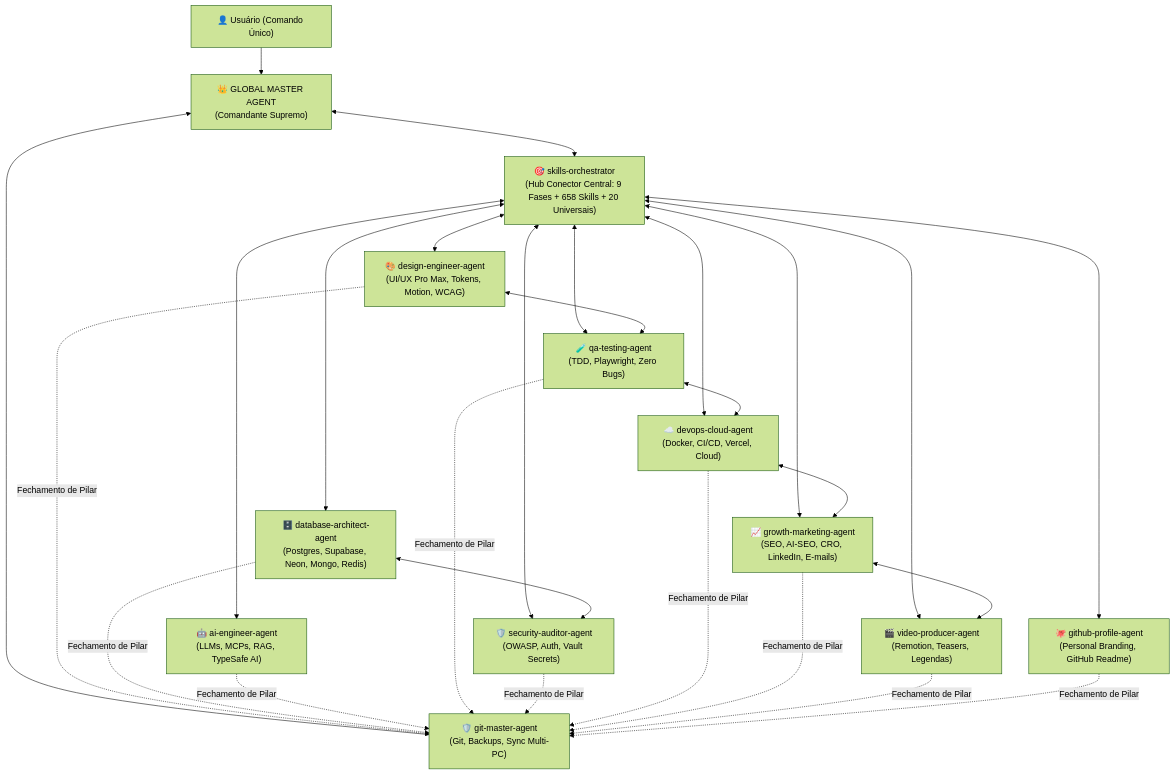
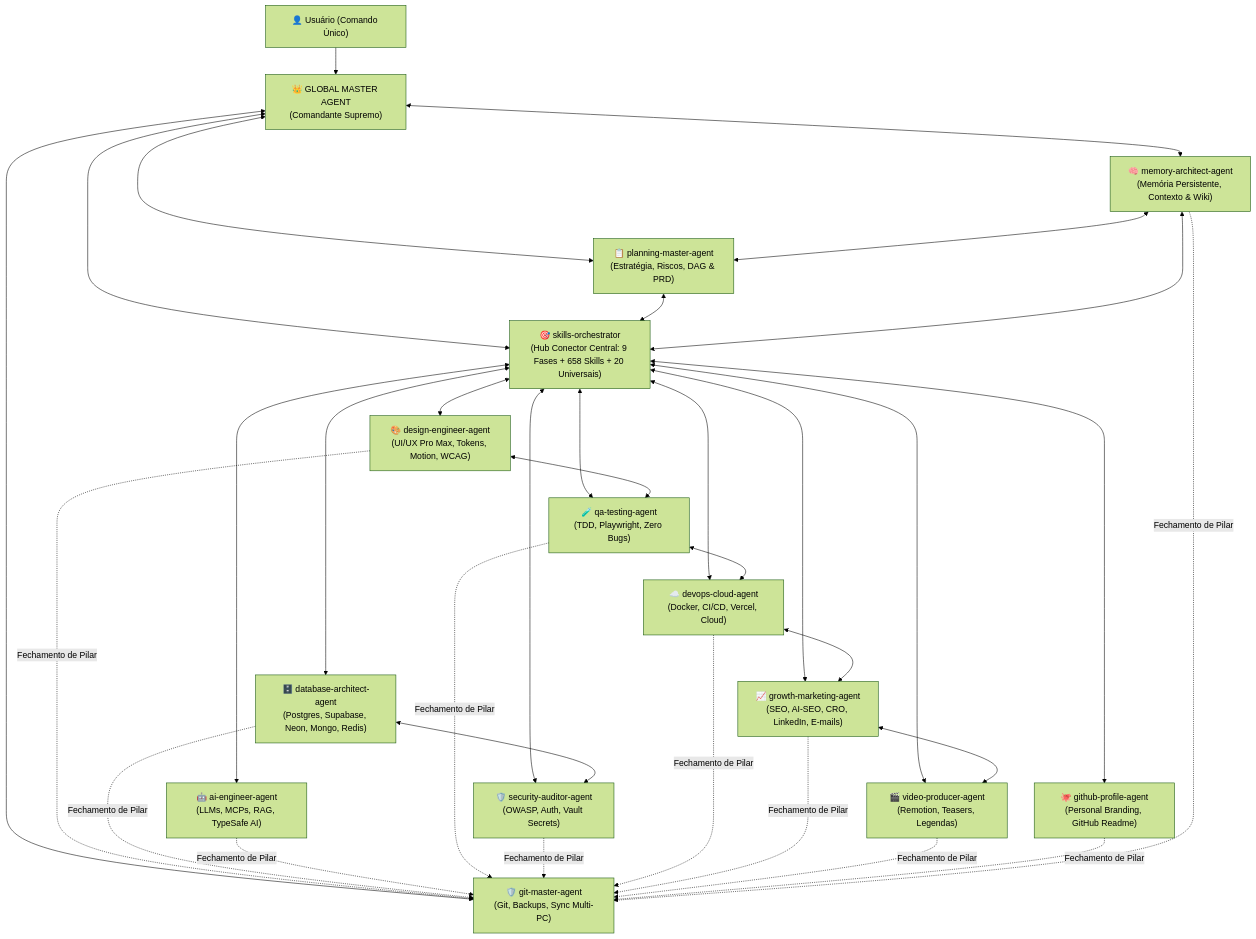
The diagram in custom-agents/global-master-agent.md (Henrique1601/SkiilsToIAs), drawn with Mermaid (forest theme) before and after one commit. The commit also changed other lines of this file and 5 other files, not shown here.

````diff
--- a/custom-agents/global-master-agent.md
+++ b/custom-agents/global-master-agent.md
@@ -66,34 +66,41 @@
 ```mermaid
 flowchart TD
     User["👤 Usuário (Comando Único)"] --> GMA["👑 GLOBAL MASTER AGENT<br/>(Comandante Supremo)"]
     
+    GMA <--> PLAN["📋 planning-master-agent<br/>(Estratégia, Riscos, DAG & PRD)"]
+    GMA <--> MEM["🧠 memory-architect-agent<br/>(Memória Persistente, Contexto & Wiki)"]
     GMA <--> ORCH["🎯 skills-orchestrator<br/>(Hub Conector Central: 9 Fases + 658 Skills + 20 Universais)"]
     GMA <--> GIT["🛡️ git-master-agent<br/>(Git, Backups, Sync Multi-PC)"]
+
+    PLAN <--> ORCH
+    MEM <--> ORCH
+    MEM <--> PLAN
 
     ORCH <--> UI["🎨 design-engineer-agent<br/>(UI/UX Pro Max, Tokens, Motion, WCAG)"]
     ORCH <--> DB["🗄️ database-architect-agent<br/>(Postgres, Supabase, Neon, Mongo, Redis)"]
     ORCH <--> AI["🤖 ai-engineer-agent<br/>(LLMs, MCPs, RAG, TypeSafe AI)"]
     ORCH <--> QA["🧪 qa-testing-agent<br/>(TDD, Playwright, Zero Bugs)"]
     ORCH <--> SEC["🛡️ security-auditor-agent<br/>(OWASP, Auth, Vault Secrets)"]
     ORCH <--> CLOUD["☁️ devops-cloud-agent<br/>(Docker, CI/CD, Vercel, Cloud)"]
     ORCH <--> GROWTH["📈 growth-marketing-agent<br/>(SEO, AI-SEO, CRO, LinkedIn, E-mails)"]
     ORCH <--> VIDEO["🎬 video-producer-agent<br/>(Remotion, Teasers, Legendas)"]
     ORCH <--> PROFILE["🐙 github-profile-agent<br/>(Personal Branding, GitHub Readme)"]
 
     DB <--> SEC
     UI <--> QA
     QA <--> CLOUD
     CLOUD <--> GROWTH
     GROWTH <--> VIDEO
 
     %% Portão Obrigatório Final
     UI -.->|Fechamento de Pilar| GIT
     DB -.->|Fechamento de Pilar| GIT
     AI -.->|Fechamento de Pilar| GIT
     QA -.->|Fechamento de Pilar| GIT
     SEC -.->|Fechamento de Pilar| GIT
     CLOUD -.->|Fechamento de Pilar| GIT
     GROWTH -.->|Fechamento de Pilar| GIT
     VIDEO -.->|Fechamento de Pilar| GIT
     PROFILE -.->|Fechamento de Pilar| GIT
+    MEM -.->|Fechamento de Pilar| GIT
 ```
````
